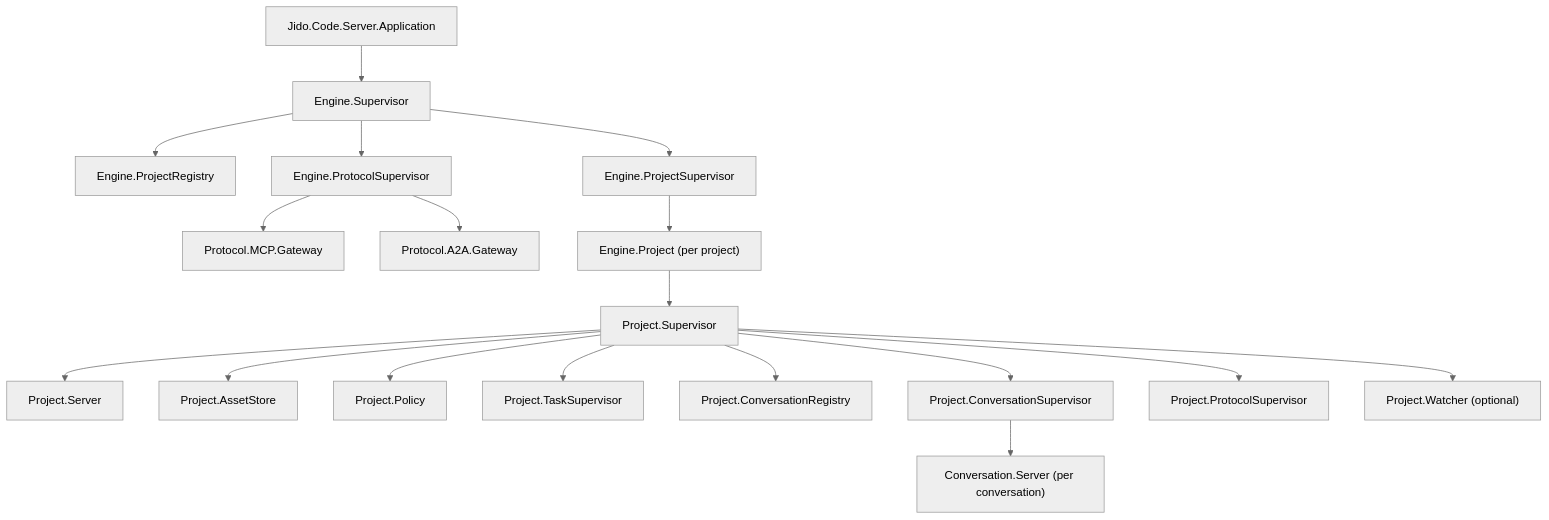
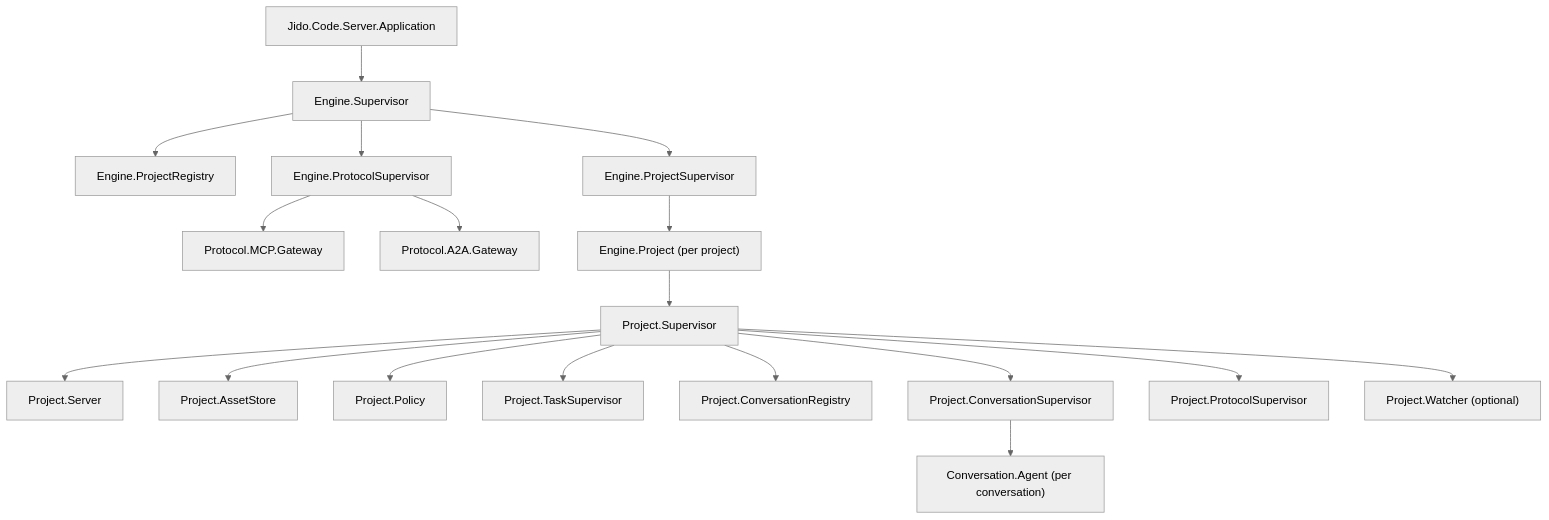
Before and after one commit to pcharbon70/jido_code_server: the diagram in docs/developer/architecture-overview.md, drawn with Mermaid (neutral theme). The commit also changed other lines of this file and 50 other files, not shown here.

Commit message:
refactor conversation runtime to agent-first signal architecture

````diff
--- a/docs/developer/architecture-overview.md
+++ b/docs/developer/architecture-overview.md
@@ -18,22 +18,22 @@
 ```mermaid
 graph TD
     A["Jido.Code.Server.Application"] --> B["Engine.Supervisor"]
     B --> C["Engine.ProjectRegistry"]
     B --> D["Engine.ProjectSupervisor"]
     B --> E["Engine.ProtocolSupervisor"]
     E --> F["Protocol.MCP.Gateway"]
     E --> G["Protocol.A2A.Gateway"]
 
     D --> H["Engine.Project (per project)"]
     H --> I["Project.Supervisor"]
     I --> J["Project.Server"]
     I --> K["Project.AssetStore"]
     I --> L["Project.Policy"]
     I --> M["Project.TaskSupervisor"]
     I --> N["Project.ConversationRegistry"]
     I --> O["Project.ConversationSupervisor"]
     I --> P["Project.ProtocolSupervisor"]
     I --> Q["Project.Watcher (optional)"]
 
-    O --> R["Conversation.Server (per conversation)"]
+    O --> R["Conversation.Agent (per conversation)"]
 ```
````
